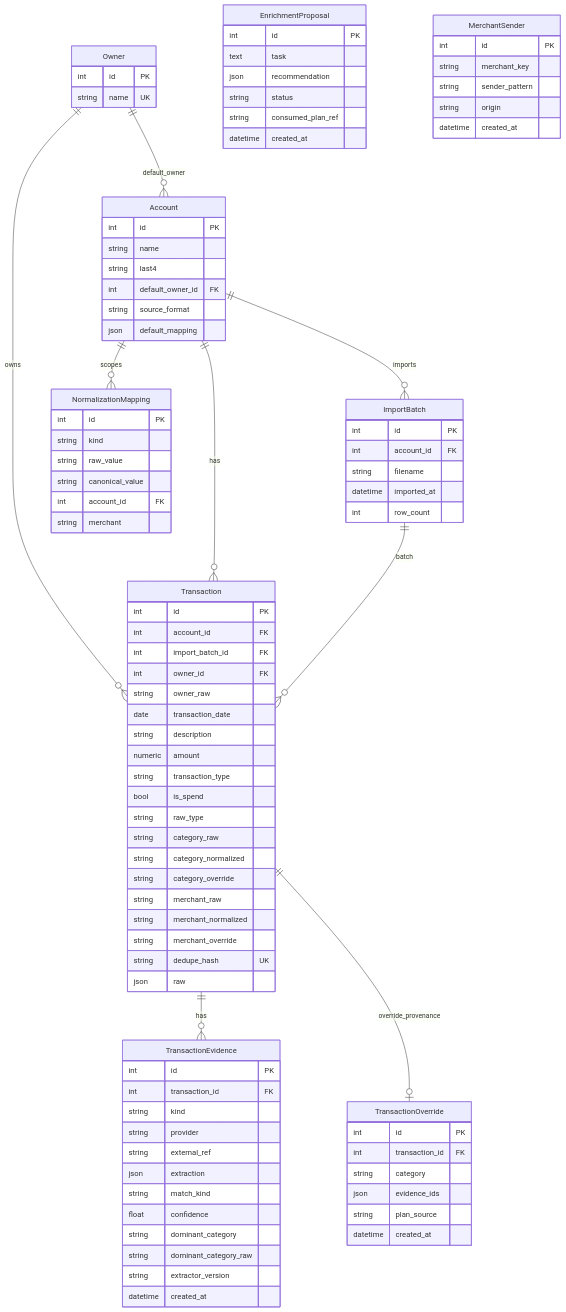
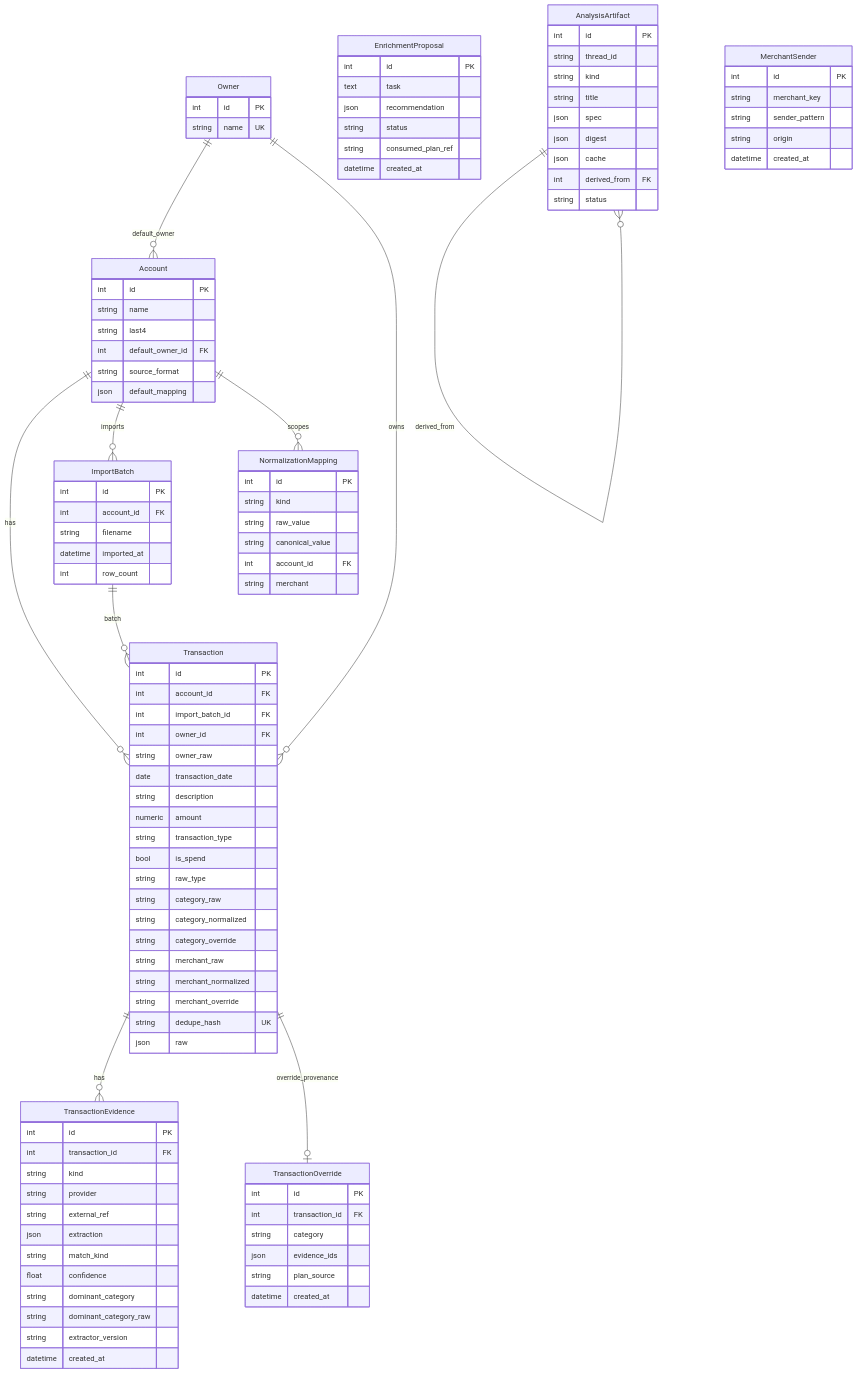
Before and after one commit to camilo1rp/finance-tracker: the first of 4 diagrams in docs/PROJECT-MAP.md, drawn with Mermaid. The commit also changed other lines of this file and 9 other files, not shown here.

First line of the commit message:
Migrate analyst agent to artifact-first architecture and update PROJECT-MAP

```diff
--- a/docs/PROJECT-MAP.md
+++ b/docs/PROJECT-MAP.md
@@ -439,6 +463,19 @@
         string consumed_plan_ref
         datetime created_at
     }
+    AnalysisArtifact {
+        int id PK
+        string thread_id
+        string kind
+        string title
+        json spec
+        json digest
+        json cache
+        int derived_from FK
+        string status
+    }
+
+    AnalysisArtifact ||--o{ AnalysisArtifact : derived_from
 
     Owner {
         int id PK
```
